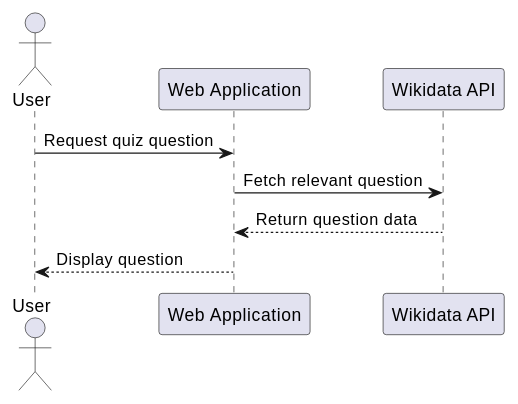
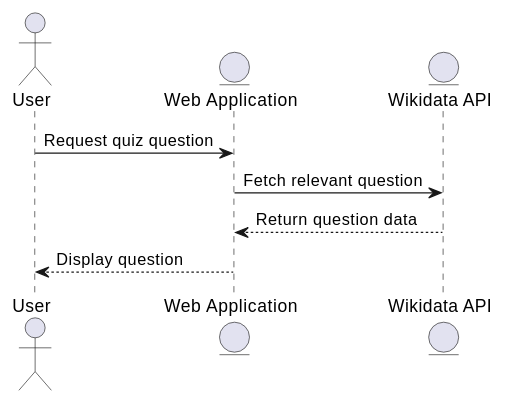
The third of 5 diagrams in docs/src/06_runtime_view.adoc (Arquisoft/wichat_en1b), drawn with PlantUML before and after one commit. The commit also changed other lines of this file, not shown here.

Commit message:
Fixed bug and improve uml

```diff
--- a/docs/src/06_runtime_view.adoc
+++ b/docs/src/06_runtime_view.adoc
@@ -111,11 +115,11 @@
 [plantuml,"Quiz Question Retrieval",png]
 ----
 actor User
-participant "Web Application" as App
-participant "Wikidata API" as Wiki
+entity "Web Application" as App
+entity "Wikidata API" as Wiki
 
 User -> App: Request quiz question
 App -> Wiki: Fetch relevant question
 Wiki --> App: Return question data
 App --> User: Display question
 ----
```
